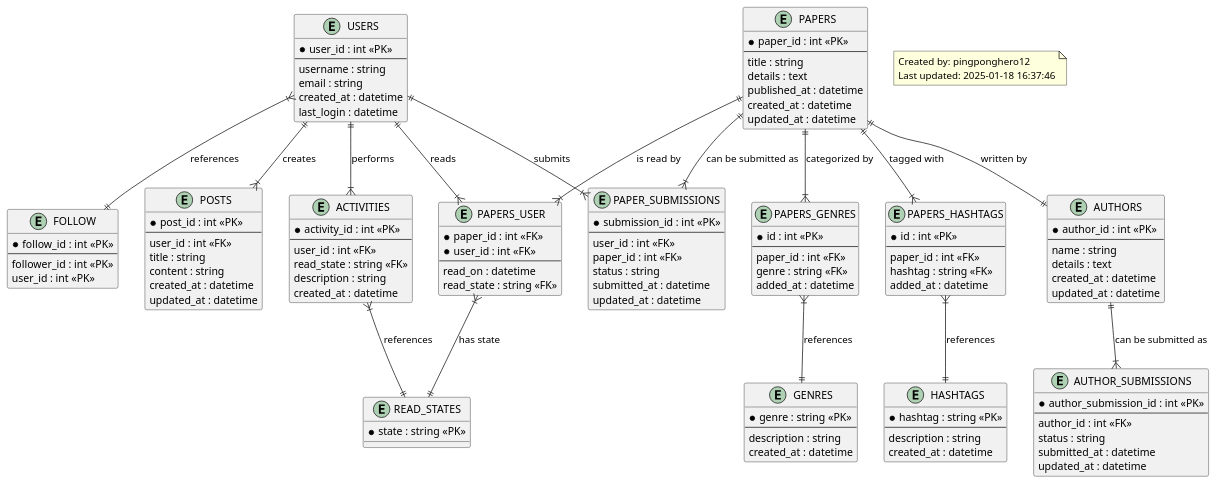
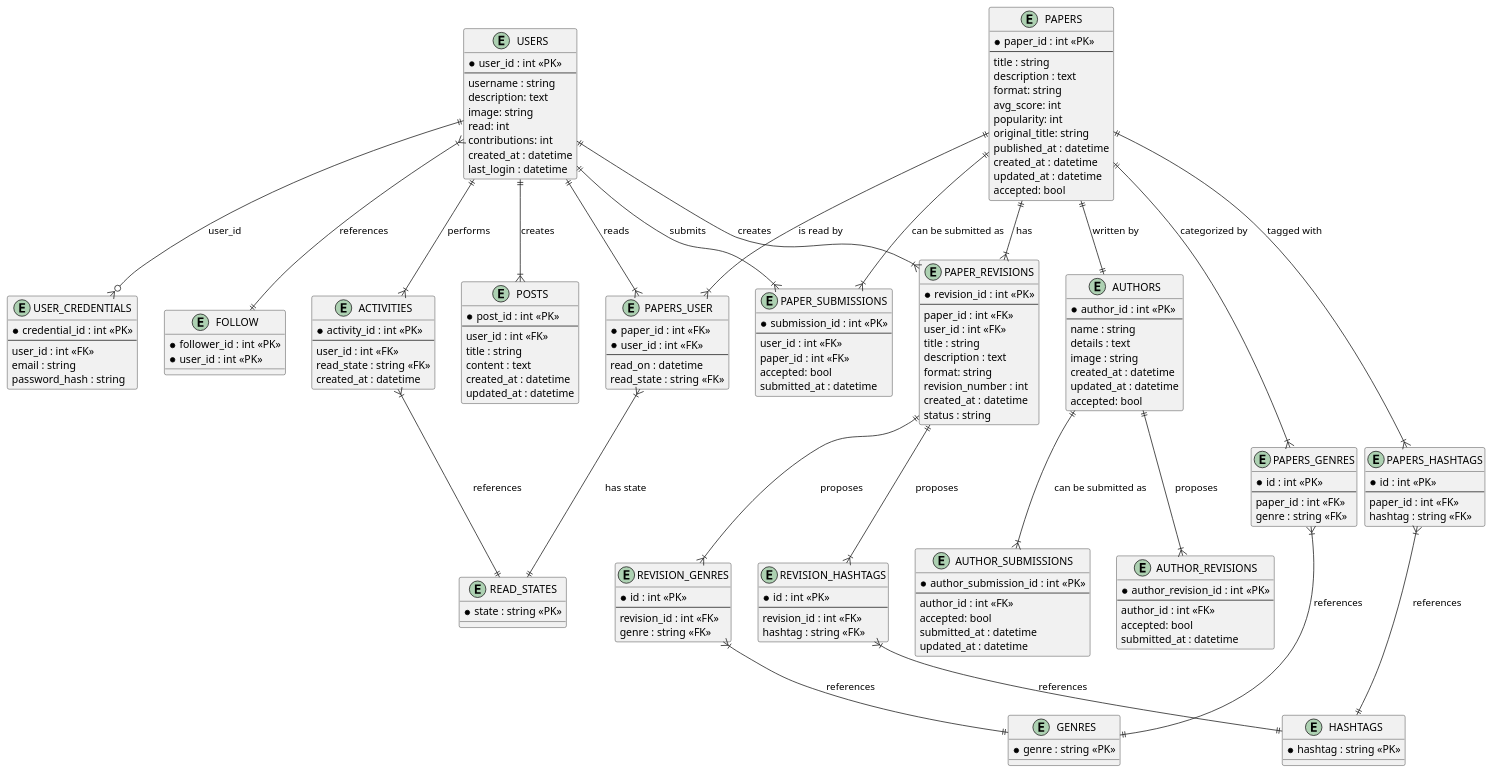
One commit to pingponghero12/ScienceArch changed the diagram in uml/entities.puml. Above: the diagram before and after it, drawn with PlantUML. The commit also changed 4 other files, not shown here.

Commit message:
Documentation and uml update

```diff
--- a/uml/entities.puml
+++ b/uml/entities.puml
@@ -1,141 +1,190 @@
 @startuml
 ' Entity definitions
 entity "USERS" {
   *user_id : int <<PK>>
   --
   username : string
-  email : string
+  description: text
+  image: string
+  read: int
+  contributions: int
   created_at : datetime
   last_login : datetime
 }
 
-entity "FOLLOW" {
-  *follow_id : int <<PK>>
+entity "USER_CREDENTIALS" {
+  *credential_id : int <<PK>>
   --
-  follower_id : int <<PK>>
-  user_id : int <<PK>>
+  user_id : int <<FK>>
+  email : string
+  password_hash : string
 }
 
-entity "PAPERS" {
-  *paper_id : int <<PK>>
-  --
-  title : string
-  details : text
-  published_at : datetime
-  created_at : datetime
-  updated_at : datetime
-}
+USERS ||--o{ USER_CREDENTIALS : "user_id"
 
-entity "PAPERS_GENRES" {
-  *id : int <<PK>>
-  --
-  paper_id : int <<FK>>
-  genre : string <<FK>>
-  added_at : datetime
-}
-
-entity "PAPERS_HASHTAGS" {
-  *id : int <<PK>>
-  --
-  paper_id : int <<FK>>
-  hashtag : string <<FK>>
-  added_at : datetime
+entity "FOLLOW" {
+  *follower_id : int <<PK>>
+  *user_id : int <<PK>>
 }
 
 entity "AUTHORS" {
   *author_id : int <<PK>>
   --
   name : string
   details : text
+  image : string
   created_at : datetime
   updated_at : datetime
+  accepted: bool
 }
 
 entity "ACTIVITIES" {
   *activity_id : int <<PK>>
   --
   user_id : int <<FK>>
   read_state : string <<FK>>
-  description : string
   created_at : datetime
 }
 
 entity "POSTS" {
   *post_id : int <<PK>>
   --
   user_id : int <<FK>>
   title : string
-  content : string
+  content : text
   created_at : datetime
   updated_at : datetime
 }
 
 entity "PAPERS_USER" {
   *paper_id : int <<FK>>
   *user_id : int <<FK>>
   --
   read_on : datetime
   read_state : string <<FK>>
 }
 
+entity "PAPERS" {
+  *paper_id : int <<PK>>
+  --
+  title : string
+  description : text
+  format: string
+  avg_score: int
+  popularity: int
+  original_title: string
+  published_at : datetime
+  created_at : datetime
+  updated_at : datetime
+  accepted: bool
+}
+
+entity "PAPERS_GENRES" {
+  *id : int <<PK>>
+  --
+  paper_id : int <<FK>>
+  genre : string <<FK>>
+}
+
+entity "PAPERS_HASHTAGS" {
+  *id : int <<PK>>
+  --
+  paper_id : int <<FK>>
+  hashtag : string <<FK>>
+}
+
 entity "PAPER_SUBMISSIONS" {
   *submission_id : int <<PK>>
   --
   user_id : int <<FK>>
   paper_id : int <<FK>>
+  accepted: bool
+  submitted_at : datetime
+}
+
+entity "PAPER_REVISIONS" {
+  *revision_id : int <<PK>>
+  --
+  paper_id : int <<FK>>
+  user_id : int <<FK>>
+  title : string
+  description : text
+  format: string
+  revision_number : int
+  created_at : datetime
   status : string
-  submitted_at : datetime
-  updated_at : datetime
+}
+
+entity "REVISION_GENRES" {
+  *id : int <<PK>>
+  --
+  revision_id : int <<FK>>
+  genre : string <<FK>>
+}
+
+entity "REVISION_HASHTAGS" {
+  *id : int <<PK>>
+  --
+  revision_id : int <<FK>>
+  hashtag : string <<FK>>
 }
 
 entity "AUTHOR_SUBMISSIONS" {
   *author_submission_id : int <<PK>>
   --
   author_id : int <<FK>>
-  status : string
+  accepted: bool
   submitted_at : datetime
   updated_at : datetime
+}
+
+entity "AUTHOR_REVISIONS" {
+  *author_revision_id : int <<PK>>
+  --
+  author_id : int <<FK>>
+  accepted: bool
+  submitted_at : datetime
 }
 
 entity "READ_STATES" {
   *state : string <<PK>>
 }
 
 entity "GENRES" {
   *genre : string <<PK>>
-  --
-  description : string
-  created_at : datetime
 }
 
 entity "HASHTAGS" {
   *hashtag : string <<PK>>
-  --
-  description : string
-  created_at : datetime
 }
 
 ' Relationships
 USERS ||--|{ PAPERS_USER : "reads"
 USERS ||--|{ POSTS : "creates"
 USERS ||--|{ ACTIVITIES : "performs"
 USERS ||--|{ PAPER_SUBMISSIONS : "submits"
 
 PAPERS ||--|| AUTHORS : "written by"
 PAPERS ||--|{ PAPERS_USER : "is read by"
 PAPERS ||--|{ PAPER_SUBMISSIONS : "can be submitted as"
 PAPERS ||--|{ PAPERS_GENRES : "categorized by"
 PAPERS ||--|{ PAPERS_HASHTAGS : "tagged with"
 
 AUTHORS ||--|{ AUTHOR_SUBMISSIONS : "can be submitted as"
+AUTHORS ||--|{ AUTHOR_REVISIONS : "proposes"
 
 PAPERS_USER }|--|| READ_STATES : "has state"
 
 PAPERS_GENRES }|--|| GENRES : "references"
 PAPERS_HASHTAGS }|--|| HASHTAGS : "references"
 ACTIVITIES }|--|| READ_STATES : "references"
 USERS }|--|| FOLLOW : "references"
 
-note "Created by: pingponghero12\nLast updated: 2025-01-18 16:37:46" as N1
+PAPERS ||--|{ PAPER_REVISIONS : "has"
+PAPER_REVISIONS ||--|{ REVISION_GENRES : "proposes"
+PAPER_REVISIONS ||--|{ REVISION_HASHTAGS : "proposes"
+REVISION_GENRES }|--|| GENRES : "references"
+REVISION_HASHTAGS }|--|| HASHTAGS : "references"
+USERS ||--|{ PAPER_REVISIONS : "creates"
 
 @enduml
```
